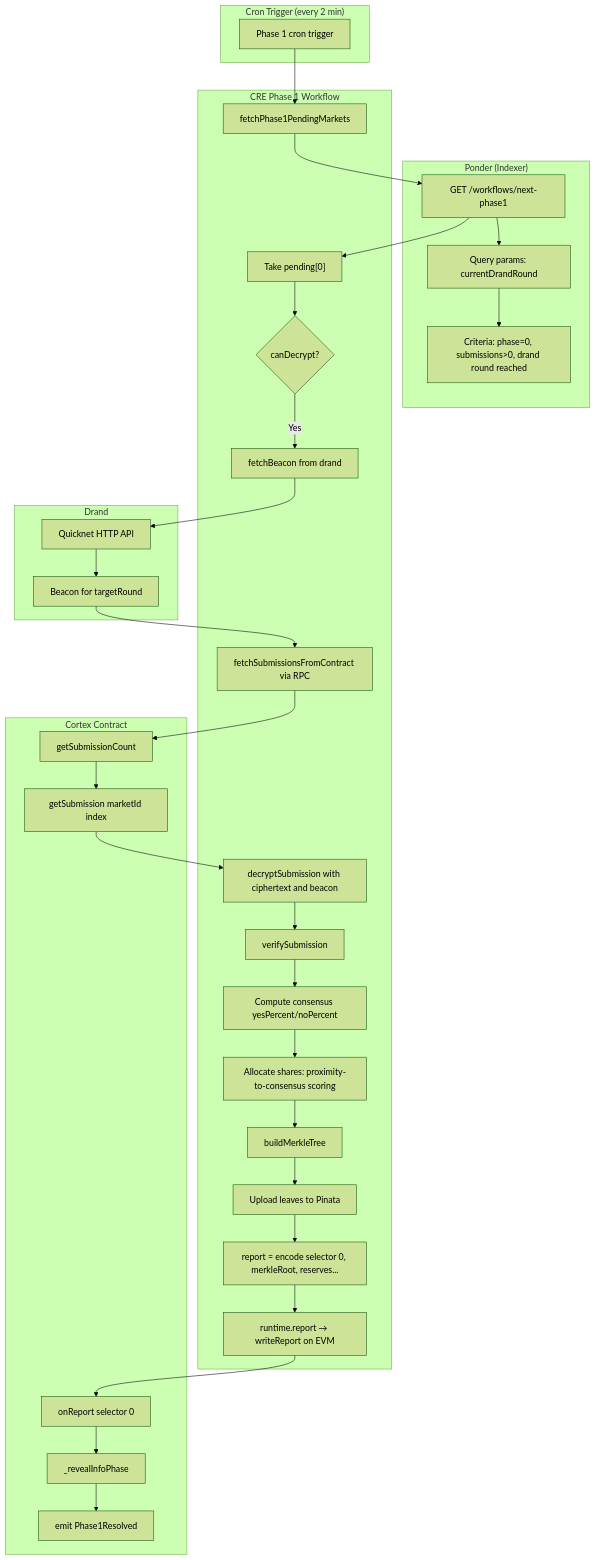
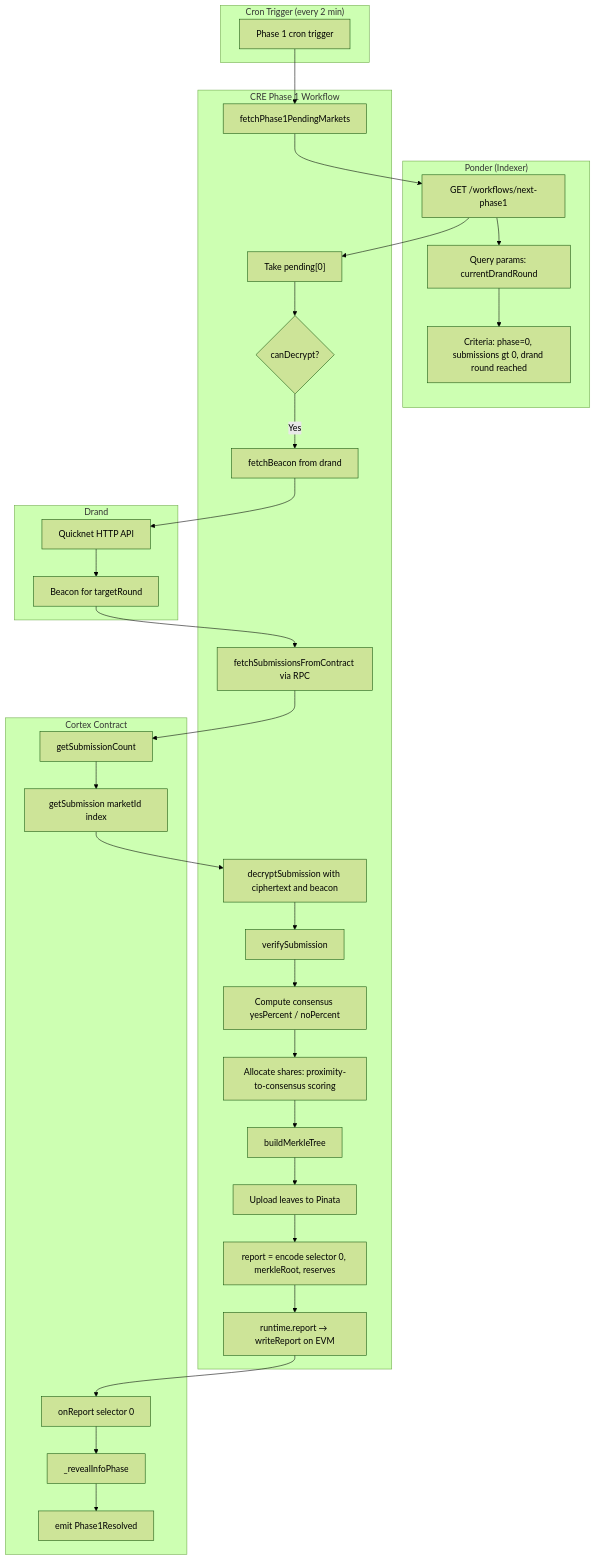
The third of 4 diagrams in README.md (ztkdronecoder/MiniMarket), drawn with Mermaid (forest theme) before and after one commit. The commit also changed other lines of this file, not shown here.

````diff
--- a/README.md
+++ b/README.md
@@ -178,58 +185,58 @@
 ```mermaid
 flowchart TB
     subgraph CRON["Cron Trigger (every 2 min)"]
         T1[Phase 1 cron trigger]
     end
 
     subgraph PONDER["Ponder (Indexer)"]
-        P1[GET /workflows/next-phase1]
-        P2[Query params: currentDrandRound]
-        P3[Criteria: phase=0, submissions>0, drand round reached]
+        P1["GET /workflows/next-phase1"]
+        P2["Query params: currentDrandRound"]
+        P3["Criteria: phase=0, submissions gt 0, drand round reached"]
         P1 --> P2 --> P3
     end
 
     subgraph CRE["CRE Phase 1 Workflow"]
         C1[fetchPhase1PendingMarkets]
         C2["Take pending[0]"]
 
         C3{canDecrypt?}
         C4[fetchBeacon from drand]
-        C5[fetchSubmissionsFromContract via RPC]
+        C5["fetchSubmissionsFromContract via RPC"]
 
         C6["decryptSubmission with ciphertext and beacon"]
         C7[verifySubmission]
-        C8[Compute consensus yesPercent/noPercent]
-        C9[Allocate shares: proximity-to-consensus scoring]
+        C8["Compute consensus yesPercent / noPercent"]
+        C9["Allocate shares: proximity-to-consensus scoring"]
         C10[buildMerkleTree]
         C11[Upload leaves to Pinata]
-        C12[report = encode selector 0, merkleRoot, reserves...]
-        C13[runtime.report → writeReport on EVM]
+        C12["report = encode selector 0, merkleRoot, reserves"]
+        C13["runtime.report → writeReport on EVM"]
     end
 
     subgraph DRAND["Drand"]
         D1[Quicknet HTTP API]
         D2[Beacon for targetRound]
     end
 
     subgraph CONTRACT["Cortex Contract"]
         M1[getSubmissionCount]
         M2["getSubmission marketId index"]
         M3[onReport selector 0]
         M4[_revealInfoPhase]
         M5[emit Phase1Resolved]
     end
 
     T1 --> C1
     C1 --> P1
     P1 --> C2
     C2 --> C3
     C3 -->|Yes| C4
     C4 --> D1
     D1 --> D2
     D2 --> C5
     C5 --> M1
     M1 --> M2
     M2 --> C6
     C6 --> C7 --> C8 --> C9 --> C10 --> C11 --> C12 --> C13
     C13 --> M3 --> M4 --> M5
 ```
````
